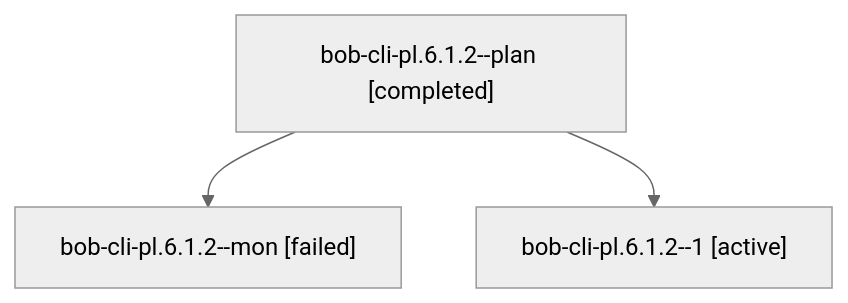
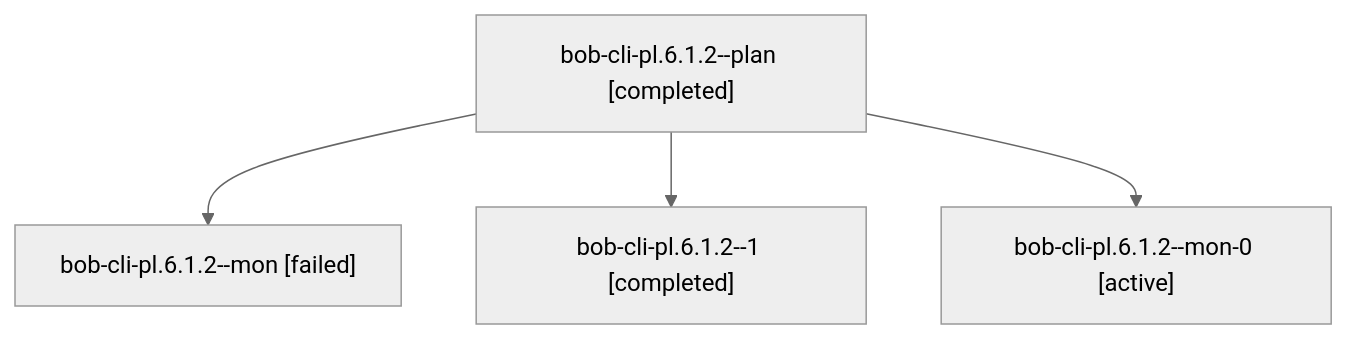
One commit to bobs-org/bob-cli--agents changed the diagram in sessions/bbugyi200.apollo.bob-cli-pl.6.1.2.md. Above: the diagram before and after it, drawn with Mermaid (neutral theme). The commit also changed other lines of this file and 75 other files, not shown here.

````diff
--- a/sessions/bbugyi200.apollo.bob-cli-pl.6.1.2.md
+++ b/sessions/bbugyi200.apollo.bob-cli-pl.6.1.2.md
@@ -9,8 +9,10 @@
 ```mermaid
 flowchart TD
   n0["bob-cli-pl.6.1.2--plan [completed]"]
   n1["bob-cli-pl.6.1.2--mon [failed]"]
   n0 --> n1
-  n2["bob-cli-pl.6.1.2--1 [active]"]
+  n2["bob-cli-pl.6.1.2--1 [completed]"]
   n0 --> n2
+  n3["bob-cli-pl.6.1.2--mon-0 [active]"]
+  n0 --> n3
 ```
````
